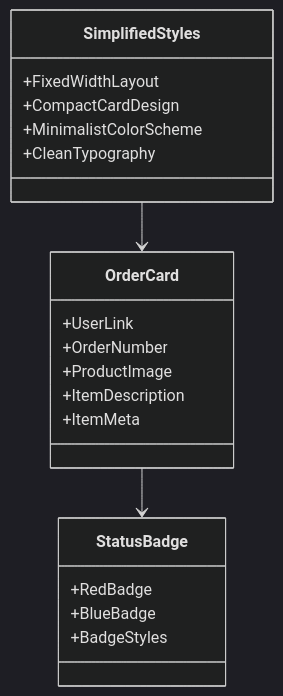
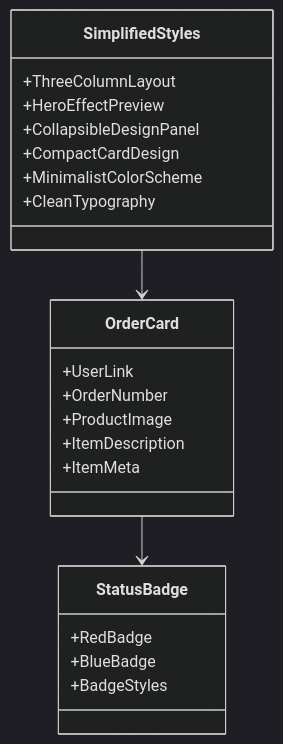
Before and after one commit to SY6621/POD-Order-Management: diagram 12 of 18 in .qoder/repowiki/zh/content/开发指南/客服外链左侧栏模板.md, drawn with Mermaid (dark theme). The commit also changed other lines of this file and 7 other files, not shown here.

````diff
--- a/.qoder/repowiki/zh/content/开发指南/客服外链左侧栏模板.md
+++ b/.qoder/repowiki/zh/content/开发指南/客服外链左侧栏模板.md
@@ -258,23 +442,25 @@
 ```mermaid
 classDiagram
 class SimplifiedStyles {
-+FixedWidthLayout
++ThreeColumnLayout
++HeroEffectPreview
++CollapsibleDesignPanel
 +CompactCardDesign
 +MinimalistColorScheme
 +CleanTypography
 }
 class OrderCard {
 +UserLink
 +OrderNumber
 +ProductImage
 +ItemDescription
 +ItemMeta
 }
 class StatusBadge {
 +RedBadge
 +BlueBadge
 +BadgeStyles
 }
 SimplifiedStyles --> OrderCard
 OrderCard --> StatusBadge
 ```
````
